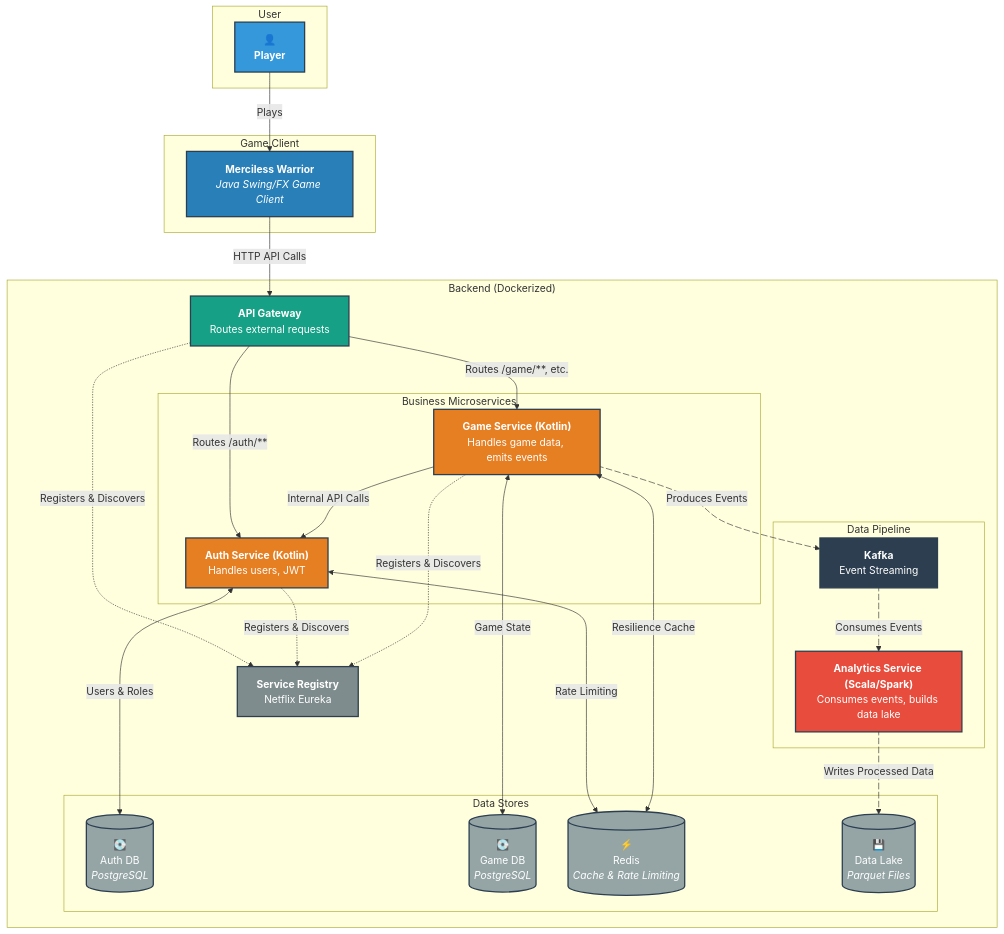
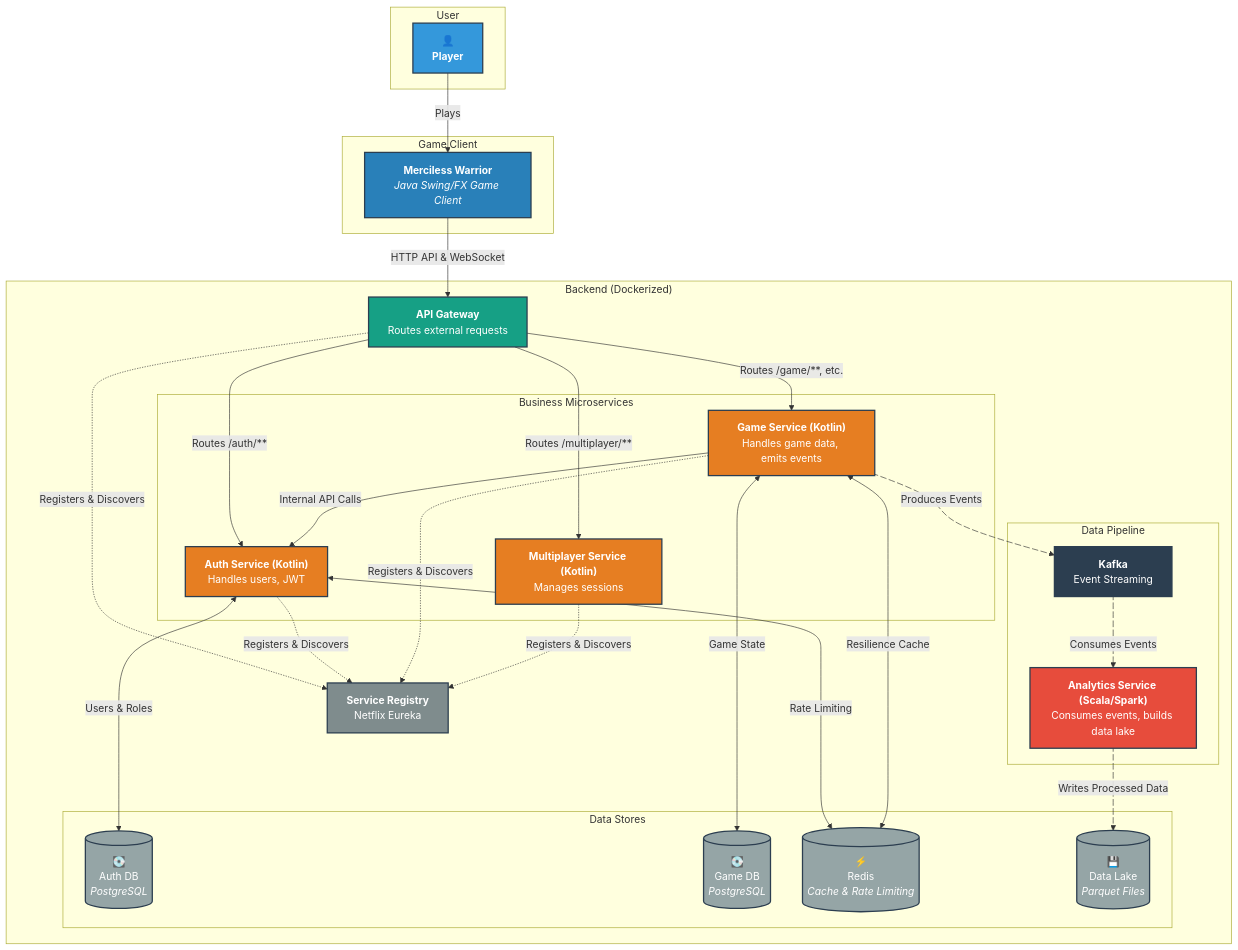
The first of 2 diagrams in README.md (VasilijeJukic01/MercilessWarrior-Java), drawn with Mermaid before and after one commit. The commit also changed other lines of this file, not shown here.

````diff
--- a/README.md
+++ b/README.md
@@ -75,71 +76,75 @@
 ```mermaid
 graph TD
     subgraph User
         Player["👤<br><b>Player</b>"]
     end
 
     subgraph "Game Client"
         Client["<b>Merciless Warrior</b><br><i>Java Swing/FX Game Client</i>"]
     end
 
     subgraph "Backend (Dockerized)"
         APIGW["<b>API Gateway</b><br>Routes external requests"]
         Registry["<b>Service Registry</b><br>Netflix Eureka"]
         
         subgraph "Business Microservices"
             AuthSvc["<b>Auth Service (Kotlin)</b><br>Handles users, JWT"]
             GameSvc["<b>Game Service (Kotlin)</b><br>Handles game data, emits events"]
+            MultiplayerSvc["<b>Multiplayer Service (Kotlin)</b><br>Manages sessions"]
         end
 
         subgraph "Data Pipeline"
             Kafka["<b>Kafka</b><br>Event Streaming"]
             AnalyticsSvc["<b>Analytics Service (Scala/Spark)</b><br>Consumes events, builds data lake"]
         end
 
         subgraph "Data Stores"
             AuthDB[("💽<br>Auth DB<br><i>PostgreSQL</i>")]
             GameDB[("💽<br>Game DB<br><i>PostgreSQL</i>")]
             Redis[("⚡️<br>Redis<br><i>Cache & Rate Limiting</i>")]
             DataLake[("💾<br>Data Lake<br><i>Parquet Files</i>")]
         end
     end
 
     Player -- Plays --> Client
-    Client -- "HTTP API Calls" --> APIGW
+    Client -- "HTTP API & WebSocket" --> APIGW
 
     APIGW -- "Routes /auth/**" --> AuthSvc
     APIGW -- "Routes /game/**, etc." --> GameSvc
+    APIGW -- "Routes /multiplayer/**" --> MultiplayerSvc
 
     AuthSvc <-->|Users & Roles| AuthDB
     GameSvc <-->|Game State| GameDB
     
     AuthSvc <-->|Rate Limiting| Redis
     GameSvc <-->|Resilience Cache| Redis
     
     GameSvc -- "Internal API Calls" --> AuthSvc
     GameSvc -- "Produces Events" --> Kafka
     
     Kafka -->|Consumes Events| AnalyticsSvc
     AnalyticsSvc -->|Writes Processed Data| DataLake
     
     APIGW -.->|Registers & Discovers| Registry
     AuthSvc -.->|Registers & Discovers| Registry
     GameSvc -.->|Registers & Discovers| Registry
+    MultiplayerSvc -.->|Registers & Discovers| Registry
     
     style Player fill:#3498DB,stroke:#2C3E50,stroke-width:2px,color:#FFFFFF
     style Client fill:#2980B9,stroke:#2C3E50,stroke-width:2px,color:#FFFFFF
     style APIGW fill:#16A085,stroke:#2C3E50,stroke-width:2px,color:#FFFFFF
     style AuthSvc fill:#E67E22,stroke:#2C3E50,stroke-width:2px,color:#FFFFFF
     style GameSvc fill:#E67E22,stroke:#2C3E50,stroke-width:2px,color:#FFFFFF
+    style MultiplayerSvc fill:#E67E22,stroke:#2C3E50,stroke-width:2px,color:#FFFFFF
     style Registry fill:#7F8C8D,stroke:#2C3E50,stroke-width:2px,color:#FFFFFF
     style Kafka fill:#2C3E50,stroke:#2C3E50,stroke-width:2px,color:#FFFFFF
     style AnalyticsSvc fill:#E74C3C,stroke:#2C3E50,stroke-width:2px,color:#FFFFFF
     style AuthDB fill:#95A5A6,stroke:#2C3E50,stroke-width:2px,color:#FFFFFF
     style GameDB fill:#95A5A6,stroke:#2C3E50,stroke-width:2px,color:#FFFFFF
     style Redis fill:#95A5A6,stroke:#2C3E50,stroke-width:2px,color:#FFFFFF
     style DataLake fill:#95A5A6,stroke:#2C3E50,stroke-width:2px,color:#FFFFFF
     
     L_GameSvc_Kafka_0@{ animation: fast } 
     L_Kafka_AnalyticsSvc_0@{ animation: fast } 
     L_AnalyticsSvc_DataLake_0@{ animation: fast } 
 ```
````
